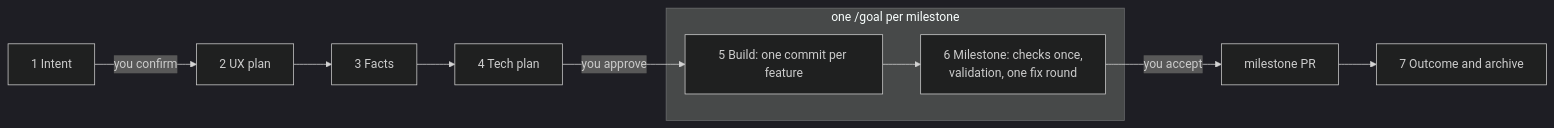
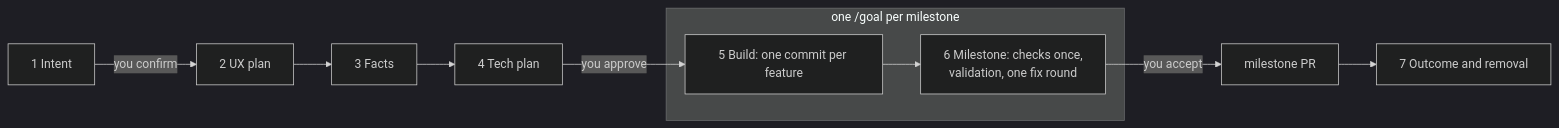
Before and after one commit to cdudek/calvins-claude-tools: the first of 2 diagrams in docs/sdlc-run.md, drawn with Mermaid (dark theme). The commit also changed other lines of this file and 6 other files, not shown here.

````diff
--- a/docs/sdlc-run.md
+++ b/docs/sdlc-run.md
@@ -21,12 +23,12 @@
 ```mermaid
 flowchart LR
   I["1 Intent"] -->|you confirm| U["2 UX plan"]
   U --> F["3 Facts"]
   F --> T["4 Tech plan"]
   T -->|you approve| B
   subgraph G["one /goal per milestone"]
     B["5 Build: one commit per feature"] --> M["6 Milestone: checks once,<br/>validation, one fix round"]
   end
   M -->|you accept| P["milestone PR"]
-  P --> O["7 Outcome and archive"]
+  P --> O["7 Outcome and removal"]
 ```
````
